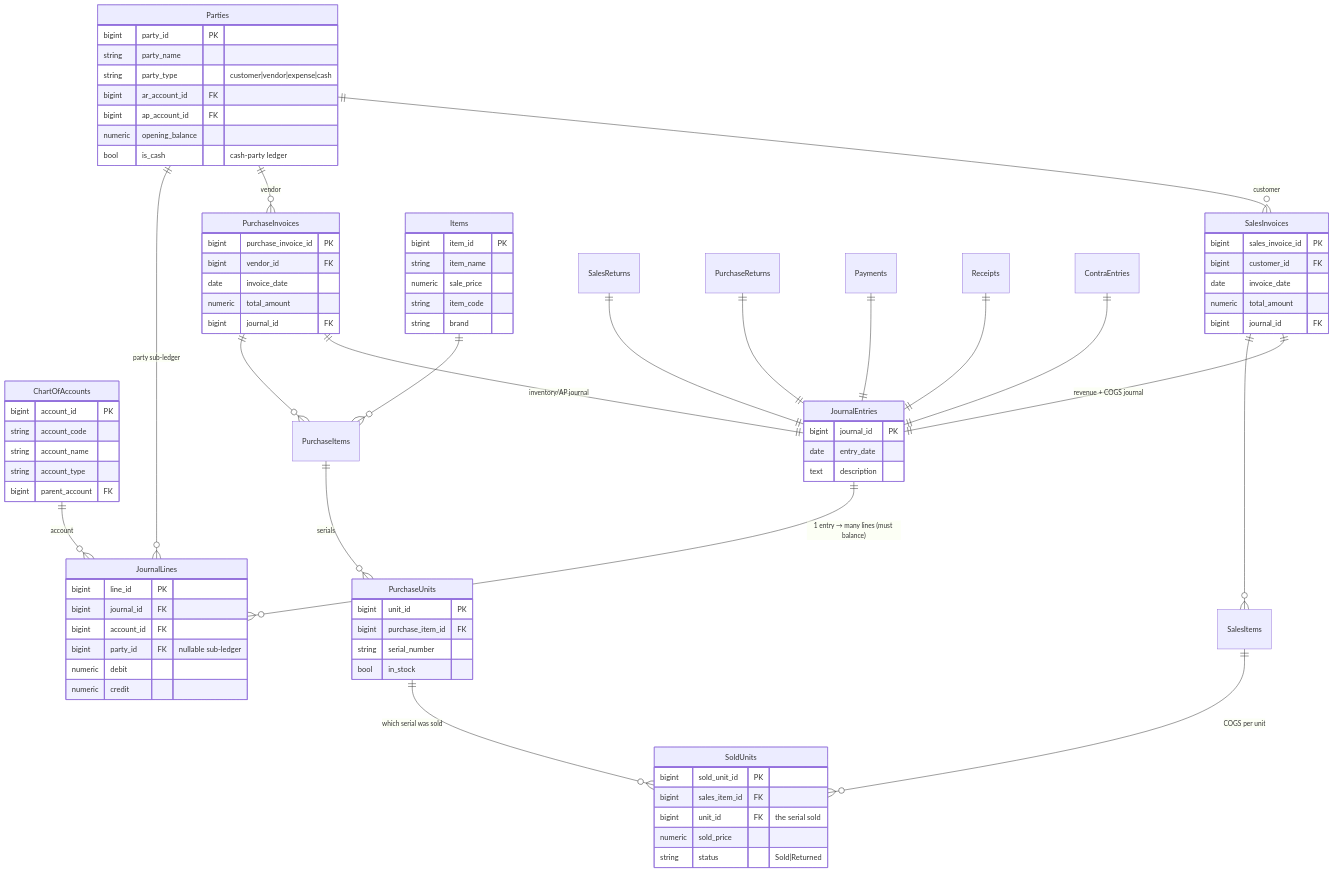
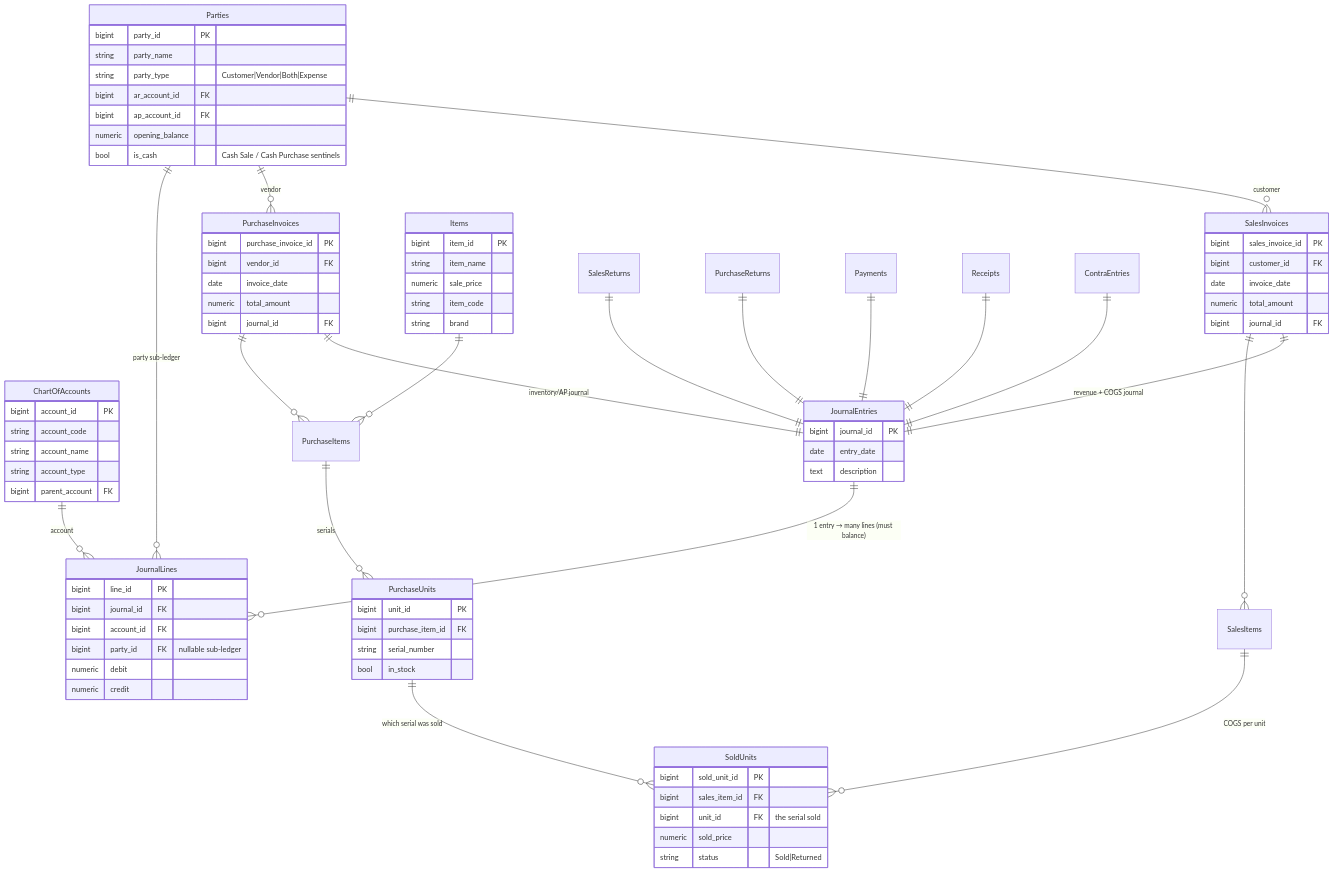
The sixth of 9 diagrams in README.md (Maaz-Bin-Haider/Financee_Multitenant_Production), drawn with Mermaid before and after one commit. The commit also changed other lines of this file and 2 other files, not shown here.

```diff
--- a/README.md
+++ b/README.md
@@ -367,11 +381,11 @@
     Parties {
         bigint party_id PK
         string party_name
-        string party_type "customer|vendor|expense|cash"
+        string party_type "Customer|Vendor|Both|Expense"
         bigint ar_account_id FK
         bigint ap_account_id FK
         numeric opening_balance
-        bool is_cash "cash-party ledger"
+        bool is_cash "Cash Sale / Cash Purchase sentinels"
     }
     Items {
         bigint item_id PK
```
